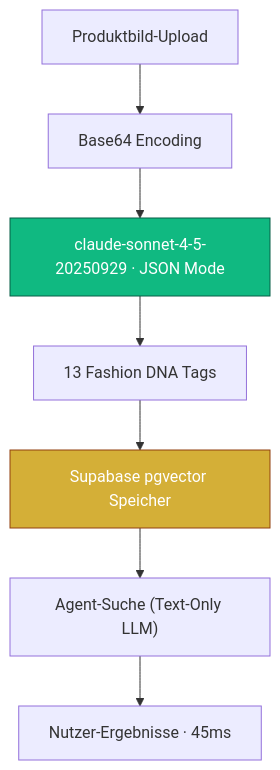
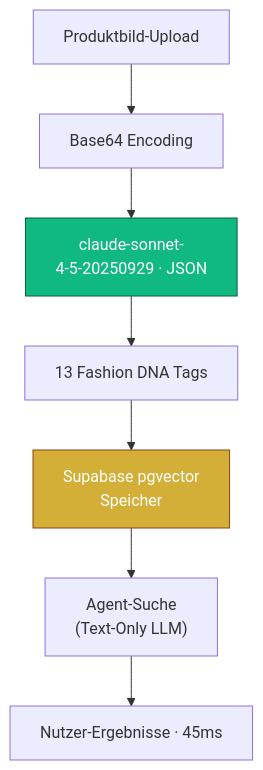
The diagram in content/lab/de/vlm-cost-optimization.mdx (yunsupj/SmartWorkLab), drawn with Mermaid before and after one commit. The commit also changed other lines of this file and 3 other files, not shown here.

````diff
--- a/content/lab/de/vlm-cost-optimization.mdx
+++ b/content/lab/de/vlm-cost-optimization.mdx
@@ -53,11 +54,11 @@
 ```mermaid
 graph TD
     A[Produktbild-Upload] --> B[Base64 Encoding]
-    B --> C["claude-sonnet-4-5-20250929 · JSON Mode"]
+    B --> C["claude-sonnet-<br/>4-5-20250929 · JSON"]
     C --> D[13 Fashion DNA Tags]
-    D --> E[Supabase pgvector Speicher]
-    E --> F["Agent-Suche (Text-Only LLM)"]
+    D --> E["Supabase pgvector<br/>Speicher"]
+    E --> F["Agent-Suche<br/>(Text-Only LLM)"]
     F --> G["Nutzer-Ergebnisse · 45ms"]
     style C fill:#10b981,stroke:#065f46,color:#fff
     style E fill:#d4af37,stroke:#92400e,color:#fff
 ```
````
